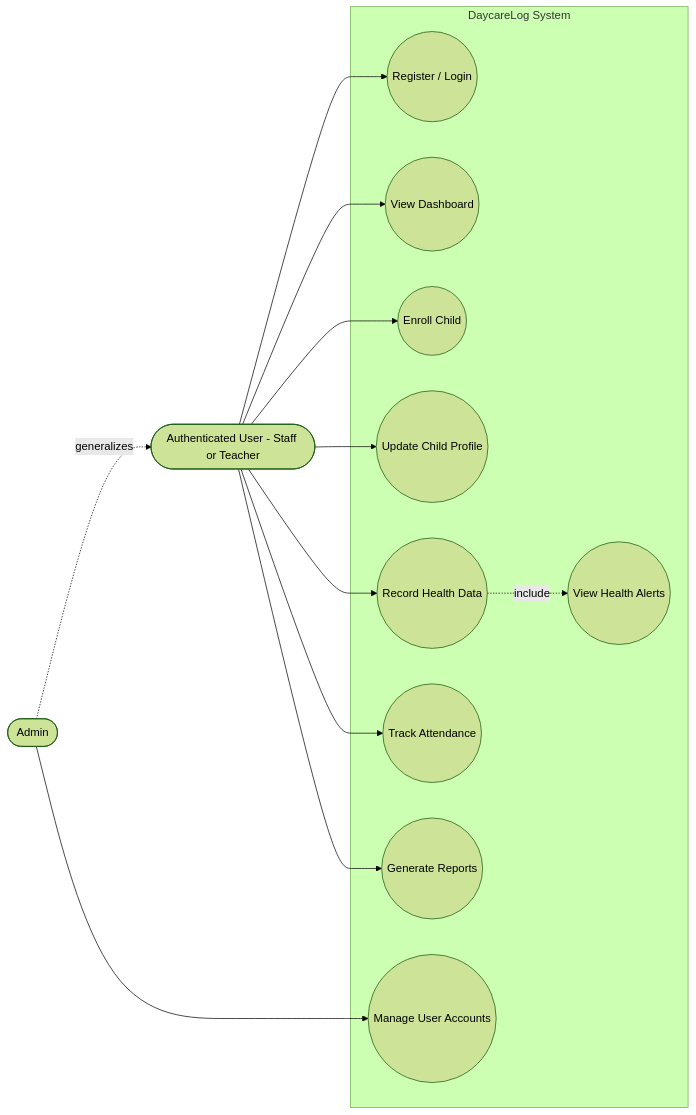
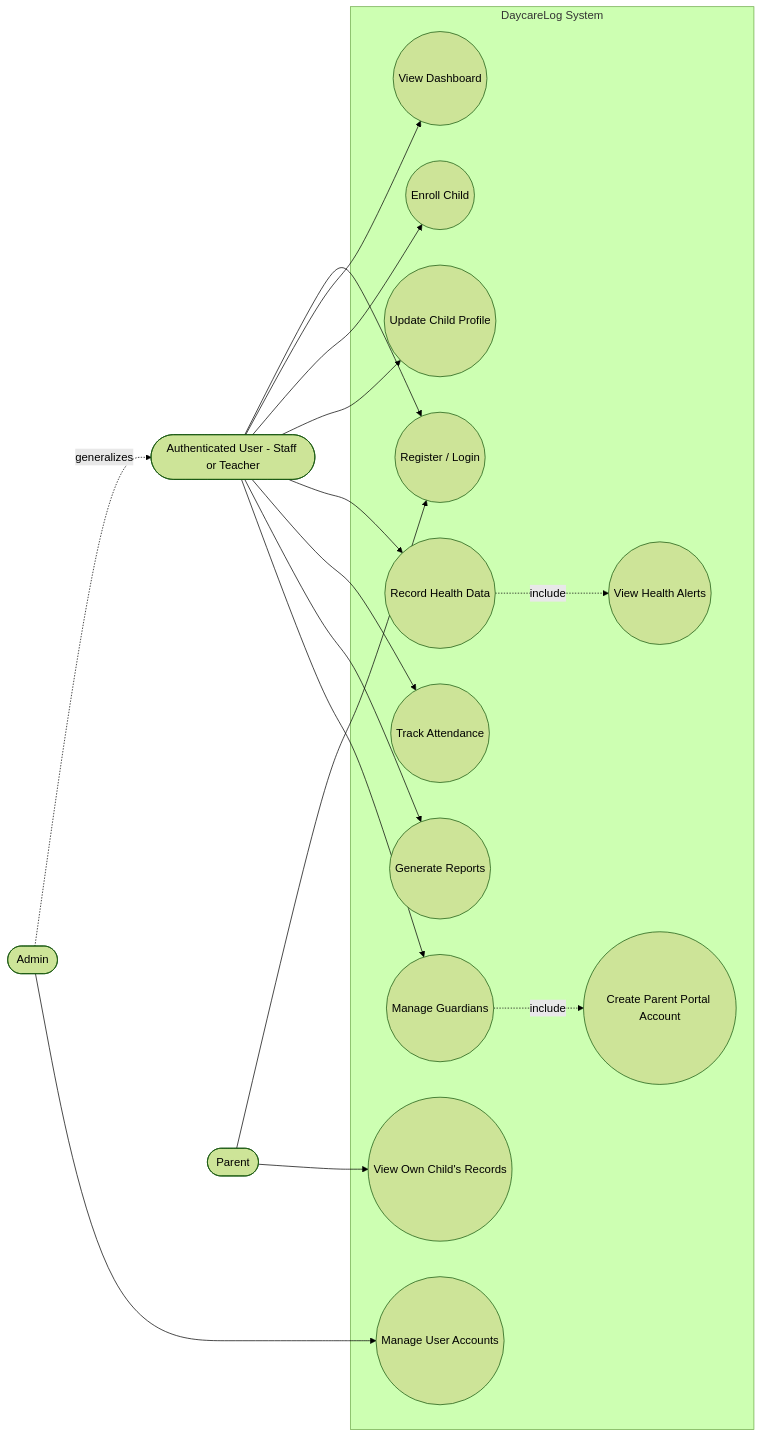
The first of 4 diagrams in docs/SRS_v2.1_revised.md (earl1605/daycarelog), drawn with Mermaid (forest theme) before and after one commit. The commit also changed other lines of this file and 2 other files, not shown here.

First line of the commit message:
docs: update SRS and READMEs for Parent/Guardian portal and RBAC changes

````diff
--- a/docs/SRS_v2.1_revised.md
+++ b/docs/SRS_v2.1_revised.md
@@ -210,28 +224,36 @@
 ```mermaid
 flowchart LR
     ActorUser(["Authenticated User - Staff or Teacher"])
     ActorAdmin(["Admin"])
+    ActorParent(["Parent"])
 
     subgraph SYS["DaycareLog System"]
         UC1(("Register / Login"))
         UC2(("View Dashboard"))
         UC3(("Enroll Child"))
         UC4(("Update Child Profile"))
         UC5(("Record Health Data"))
         UC6(("View Health Alerts"))
         UC7(("Track Attendance"))
         UC8(("Generate Reports"))
         UC9(("Manage User Accounts"))
+        UC10(("Manage Guardians"))
+        UC11(("Create Parent Portal Account"))
+        UC12(("View Own Child's Records"))
     end
 
     ActorUser --> UC1
     ActorUser --> UC2
     ActorUser --> UC3
     ActorUser --> UC4
     ActorUser --> UC5
     ActorUser --> UC7
     ActorUser --> UC8
+    ActorUser --> UC10
     UC5 -. "include" .-> UC6
+    UC10 -. "include" .-> UC11
     ActorAdmin -. "generalizes" .-> ActorUser
     ActorAdmin --> UC9
+    ActorParent --> UC1
+    ActorParent --> UC12
 ```
````
